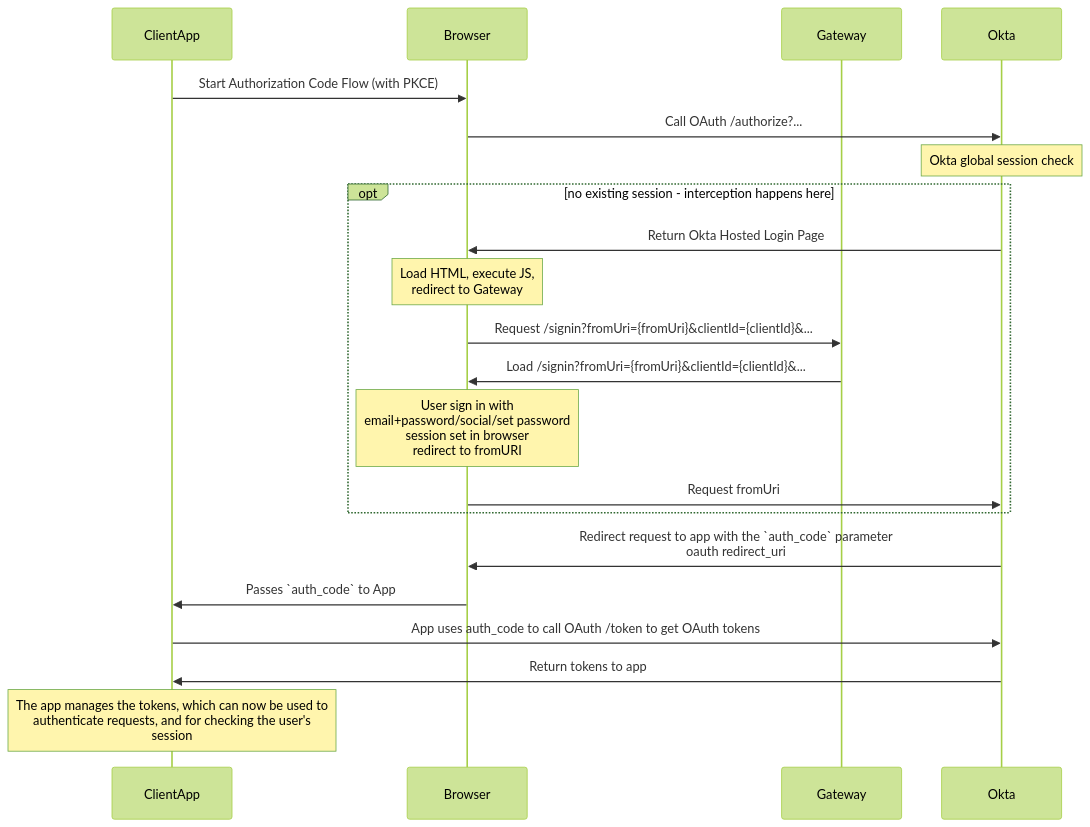
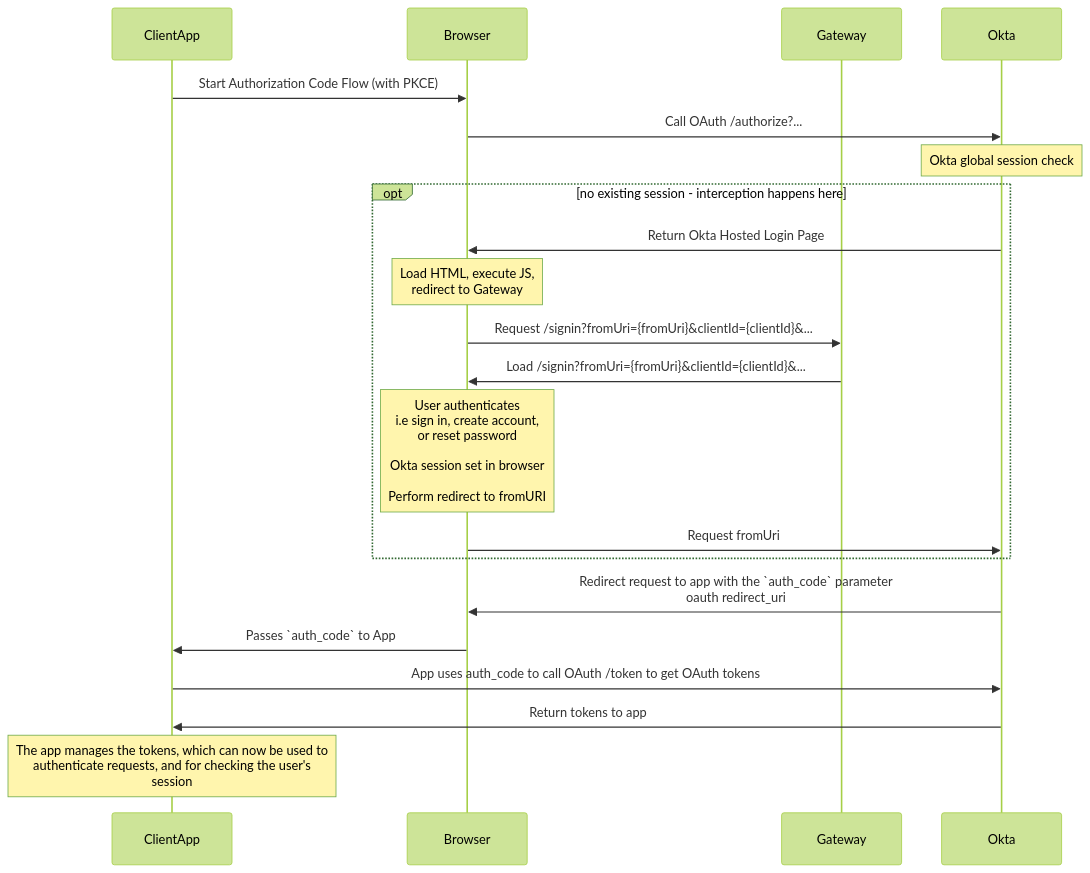
The diagram in docs/okta/login-page-interception.md (guardian/gateway), drawn with Mermaid (forest theme) before and after one commit. The commit also changed other lines of this file and 14 other files, not shown here.

````diff
--- a/docs/okta/login-page-interception.md
+++ b/docs/okta/login-page-interception.md
@@ -39,25 +39,25 @@
 ```mermaid
 sequenceDiagram
 
 participant ClientApp
 participant Browser
 participant Gateway
 participant Okta
 
 ClientApp->>Browser: Start Authorization Code Flow (with PKCE)
 Browser->>Okta: Call OAuth /authorize?...
 note over Okta: Okta global session check
 opt no existing session - interception happens here
   Okta->>Browser: Return Okta Hosted Login Page
   note over Browser: Load HTML, execute JS,<br>redirect to Gateway
   Browser->>Gateway: Request /signin?fromUri={fromUri}&clientId={clientId}&...
   Gateway->>Browser: Load /signin?fromUri={fromUri}&clientId={clientId}&...
-  note over Browser: User sign in with<br>email+password/social/set password<br>session set in browser<br>redirect to fromURI
+  note over Browser: User authenticates<br>i.e sign in, create account,<br>or reset password<br><br>Okta session set in browser<br><br>Perform redirect to fromURI
   Browser->>Okta: Request fromUri
 end
 Okta->>Browser: Redirect request to app with the `auth_code` parameter<br/>oauth redirect_uri
 Browser->>ClientApp: Passes `auth_code` to App
 ClientApp->>Okta: App uses auth_code to call OAuth /token to get OAuth tokens
 Okta->>ClientApp: Return tokens to app
 note over ClientApp: The app manages the tokens, which can now be used to<br/>authenticate requests, and for checking the user's<br/>session
 ```
````
